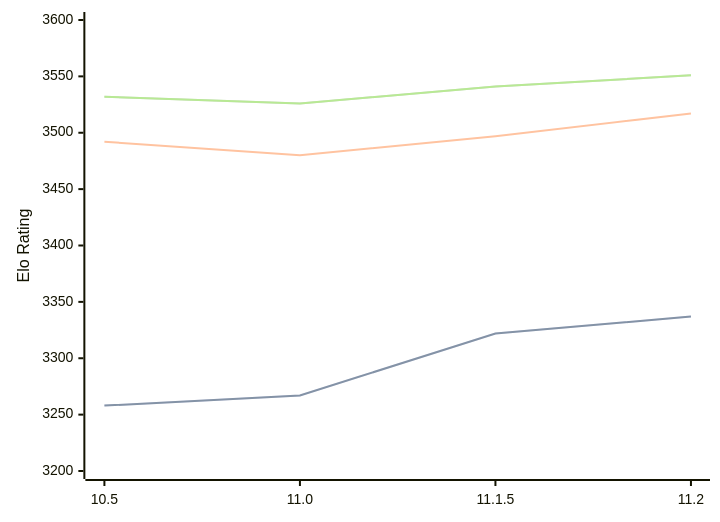
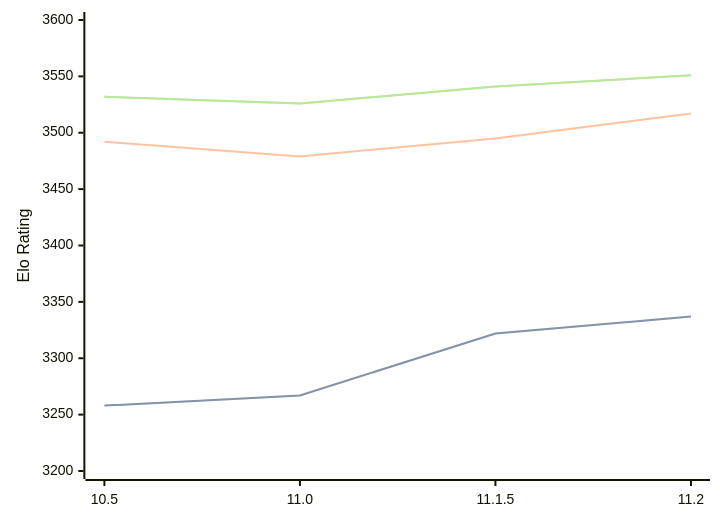
One commit to computer-chess-index/cci changed the diagram in engines/Lizard.md. Above: the diagram before and after it, drawn with Mermaid. The commit also changed other lines of this file, not shown here.

````diff
--- a/engines/Lizard.md
+++ b/engines/Lizard.md
@@ -44,11 +44,11 @@
 ```mermaid
 %%{init: {"theme":"base","themeVariables":{"seriesColors:['#a3a3a3','#222221','#faa371']}}}%%
 xychart-beta
   x-axis ["10.5", "11.0", "11.1.5", "11.2"]
   y-axis "Elo Rating" 3200 --> 3600
   line "STC (8.0+0.08s)" [3258, 3267, 3322, 3337]
   line "STC (8.0+0.08s)" [3258, 3267, 3322, 3337]
-  line "LTC (60.0+0.60s)" [3492, 3480, 3497, 3517]
+  line "LTC (60.0+0.60s)" [3492, 3479, 3495, 3517]
   line "VLTC (2m24s+1.12s)" [3532, 3526, 3541, 3551]
   line "VLTC (2m24s+1.12s)" [3532, 3526, 3541, 3551]
 ```
````
